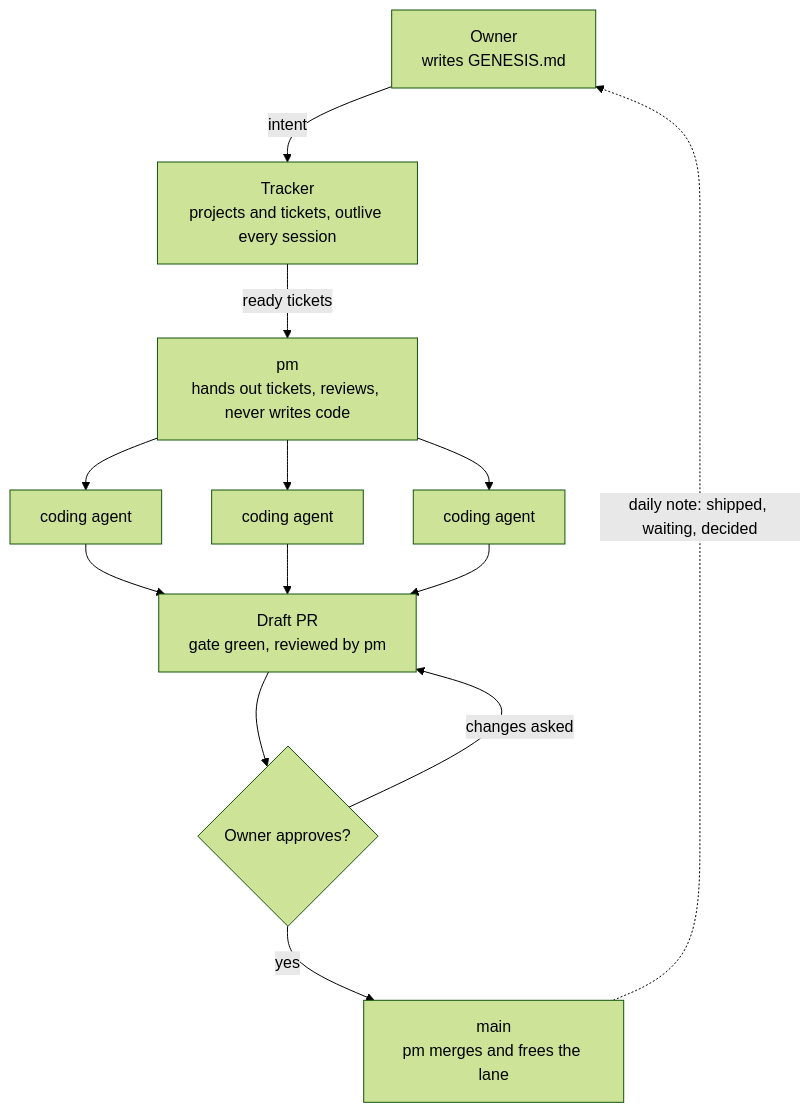
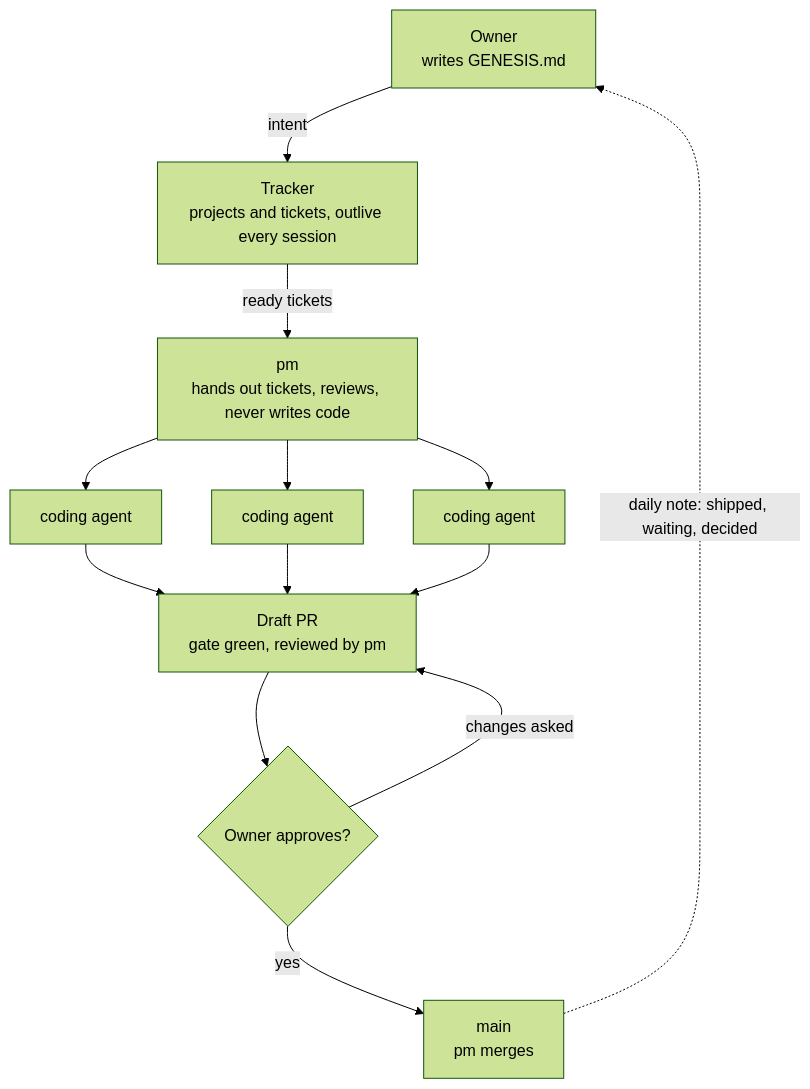
One commit to nocentraldb/nocentraldb changed the diagram in factory/FACTORY.md. Above: the diagram before and after it, drawn with Mermaid (forest theme). The commit also changed other lines of this file and 3 other files, not shown here.

````diff
--- a/factory/FACTORY.md
+++ b/factory/FACTORY.md
@@ -9,15 +9,15 @@
 ```mermaid
 flowchart TD
     source["Owner<br/>writes GENESIS.md"] -->|intent| sink["Tracker<br/>projects and tickets, outlive every session"]
     sink -->|ready tickets| gate["pm<br/>hands out tickets, reviews, never writes code"]
     gate --> a1[coding agent]
     gate --> a2[coding agent]
     gate --> a3[coding agent]
     a1 --> pr["Draft PR<br/>gate green, reviewed by pm"]
     a2 --> pr
     a3 --> pr
     pr --> approve{Owner approves?}
     approve -->|changes asked| pr
-    approve -->|yes| main["main<br/>pm merges and frees the lane"]
+    approve -->|yes| main["main<br/>pm merges"]
     main -.->|"daily note: shipped, waiting, decided"| source
 ```
````
